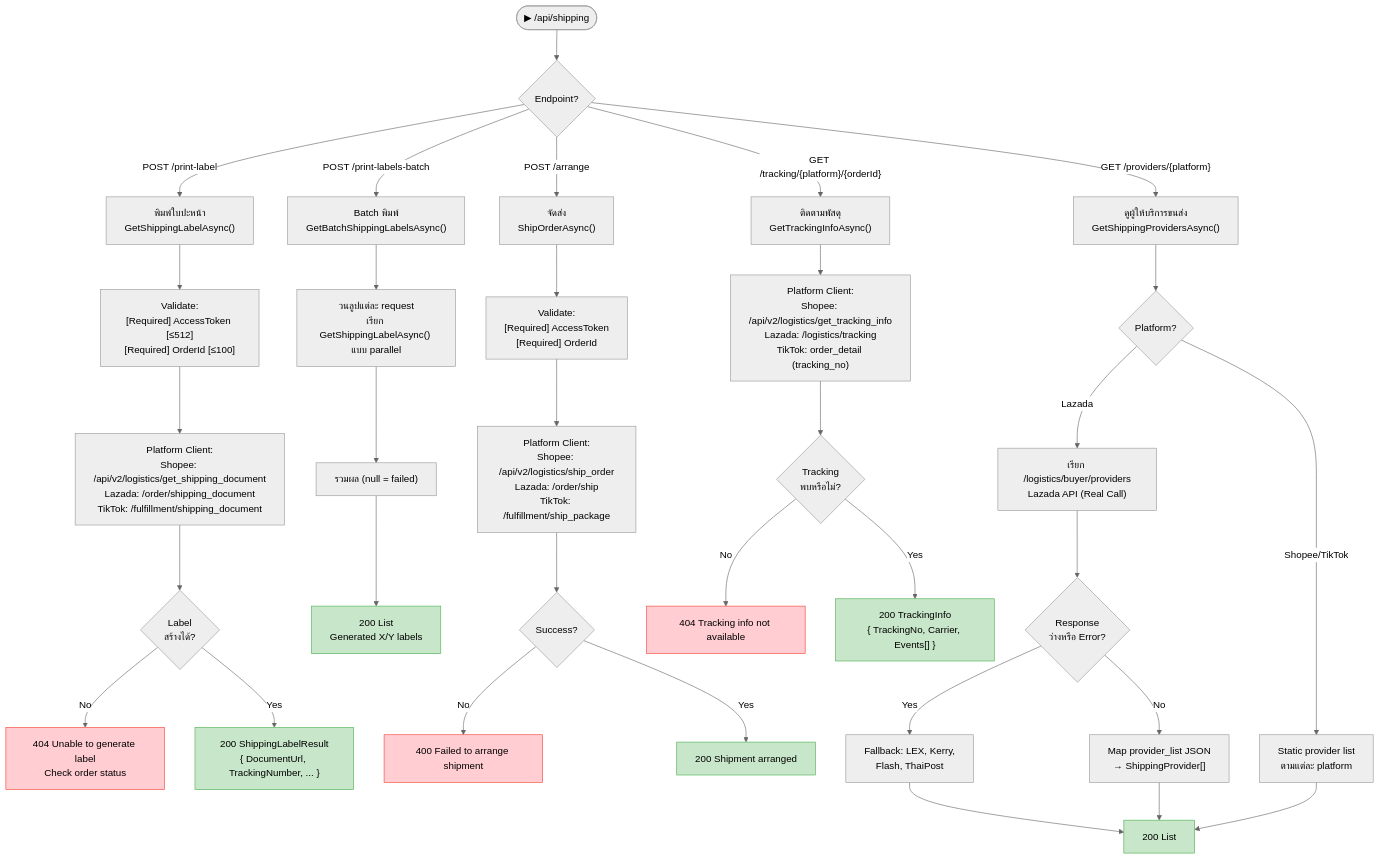
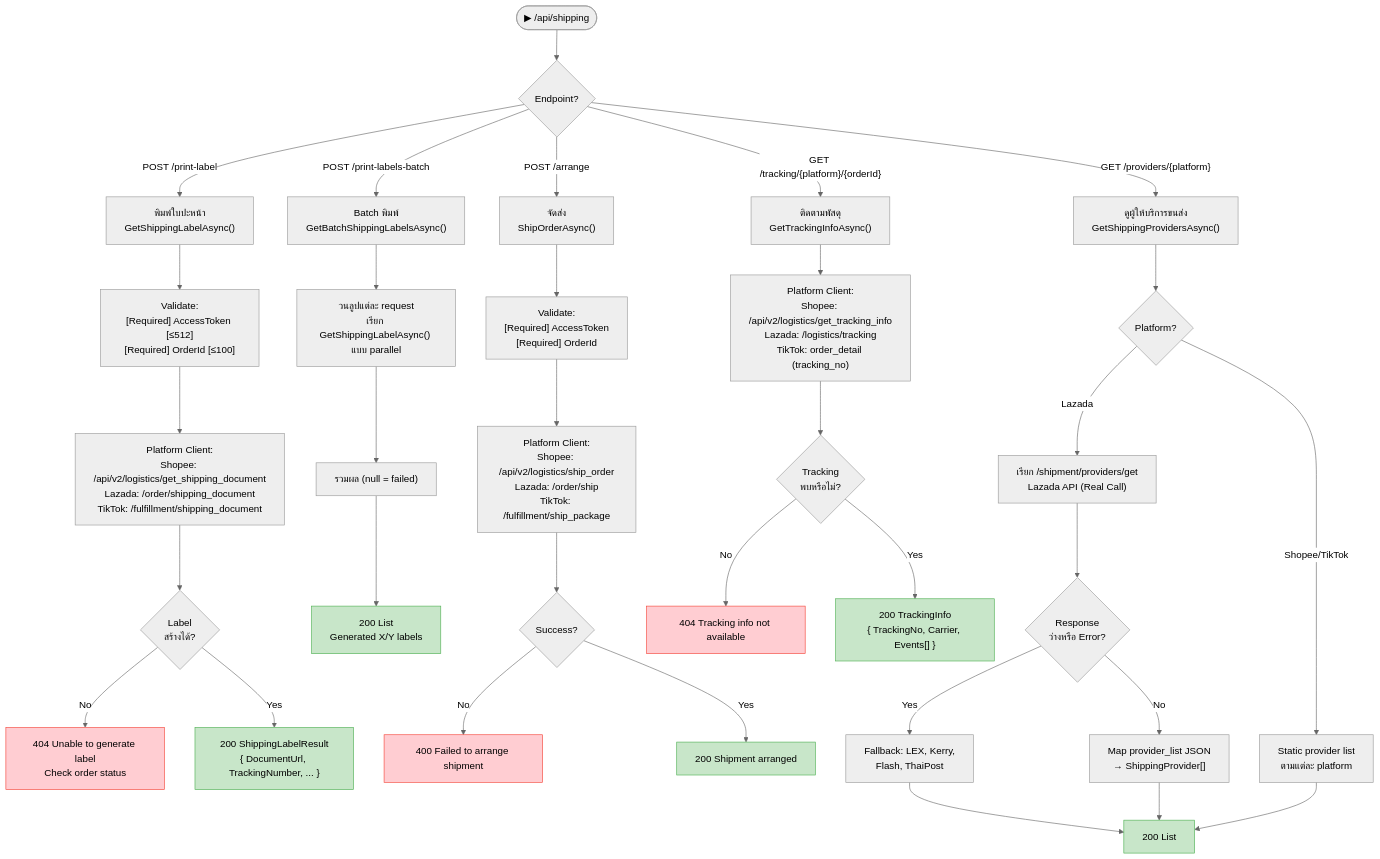
Before and after one commit to supanut-ss/OMS: the sixth of 9 diagrams in BS-OMS-API/OmsApi/docs/ProcessFlow.md, drawn with Mermaid (neutral theme). The commit also changed other lines of this file and 26 other files, not shown here.

````diff
--- a/BS-OMS-API/OmsApi/docs/ProcessFlow.md
+++ b/BS-OMS-API/OmsApi/docs/ProcessFlow.md
@@ -286,49 +286,49 @@
 ```mermaid
 flowchart TD
     START(["▶ /api/shipping"])
     START --> ROUTE{Endpoint?}
 
     ROUTE -->|"POST /print-label"| LABEL["พิมพ์ใบปะหน้า\nGetShippingLabelAsync()"]
     ROUTE -->|"POST /print-labels-batch"| BATCH["Batch พิมพ์\nGetBatchShippingLabelsAsync()"]
     ROUTE -->|"POST /arrange"| ARRANGE["จัดส่ง\nShipOrderAsync()"]
     ROUTE -->|"GET /tracking/{platform}/{orderId}"| TRACK["ติดตามพัสดุ\nGetTrackingInfoAsync()"]
     ROUTE -->|"GET /providers/{platform}"| PROVIDERS["ดูผู้ให้บริการขนส่ง\nGetShippingProvidersAsync()"]
 
     LABEL --> VALIDATE_L["Validate:\n[Required] AccessToken [≤512]\n[Required] OrderId [≤100]"]
     VALIDATE_L --> CALL_LABEL["Platform Client:\nShopee: /api/v2/logistics/get_shipping_document\nLazada: /order/shipping_document\nTikTok: /fulfillment/shipping_document"]
     CALL_LABEL --> NULL_LABEL{Label\nสร้างได้?}
     NULL_LABEL -->|No| ERR404_L["404 Unable to generate label\nCheck order status"]
     NULL_LABEL -->|Yes| OK_LABEL["200 ShippingLabelResult\n{ DocumentUrl, TrackingNumber, ... }"]
 
     BATCH --> PARALLEL_B["วนลูปแต่ละ request\nเรียก GetShippingLabelAsync() แบบ parallel"]
     PARALLEL_B --> AGG["รวมผล (null = failed)"]
     AGG --> OK_BATCH["200 List<ShippingLabelResult>\nGenerated X/Y labels"]
 
     ARRANGE --> VALIDATE_A["Validate:\n[Required] AccessToken\n[Required] OrderId"]
     VALIDATE_A --> CALL_ARRANGE["Platform Client:\nShopee: /api/v2/logistics/ship_order\nLazada: /order/ship\nTikTok: /fulfillment/ship_package"]
     CALL_ARRANGE --> SUCCESS_A{Success?}
     SUCCESS_A -->|No| ERR_A["400 Failed to arrange shipment"]
     SUCCESS_A -->|Yes| OK_A["200 Shipment arranged"]
 
     TRACK --> CALL_TRACK["Platform Client:\nShopee: /api/v2/logistics/get_tracking_info\nLazada: /logistics/tracking\nTikTok: order_detail (tracking_no)"]
     CALL_TRACK --> NULL_T{Tracking\nพบหรือไม่?}
     NULL_T -->|No| ERR404_T["404 Tracking info not available"]
     NULL_T -->|Yes| OK_T["200 TrackingInfo\n{ TrackingNo, Carrier, Events[] }"]
 
     PROVIDERS --> LAZADA_CHECK{Platform?}
-    LAZADA_CHECK -->|"Lazada"| CALL_LAZADA_API["เรียก /logistics/buyer/providers\nLazada API (Real Call)"]
+    LAZADA_CHECK -->|"Lazada"| CALL_LAZADA_API["เรียก /shipment/providers/get\nLazada API (Real Call)"]
     CALL_LAZADA_API --> FALLBACK{Response\nว่างหรือ Error?}
     FALLBACK -->|Yes| HARDCODED["Fallback: LEX, Kerry,\nFlash, ThaiPost"]
     FALLBACK -->|No| MAPPED_P["Map provider_list JSON\n→ ShippingProvider[]"]
     LAZADA_CHECK -->|"Shopee/TikTok"| STATIC_P["Static provider list\nตามแต่ละ platform"]
     HARDCODED & MAPPED_P & STATIC_P --> OK_P["200 List<ShippingProvider>"]
 
     style ERR404_L fill:#ffcdd2,stroke:#f44336
     style ERR_A fill:#ffcdd2,stroke:#f44336
     style ERR404_T fill:#ffcdd2,stroke:#f44336
     style OK_LABEL fill:#c8e6c9,stroke:#4CAF50
     style OK_BATCH fill:#c8e6c9,stroke:#4CAF50
     style OK_A fill:#c8e6c9,stroke:#4CAF50
     style OK_T fill:#c8e6c9,stroke:#4CAF50
     style OK_P fill:#c8e6c9,stroke:#4CAF50
 ```
````
